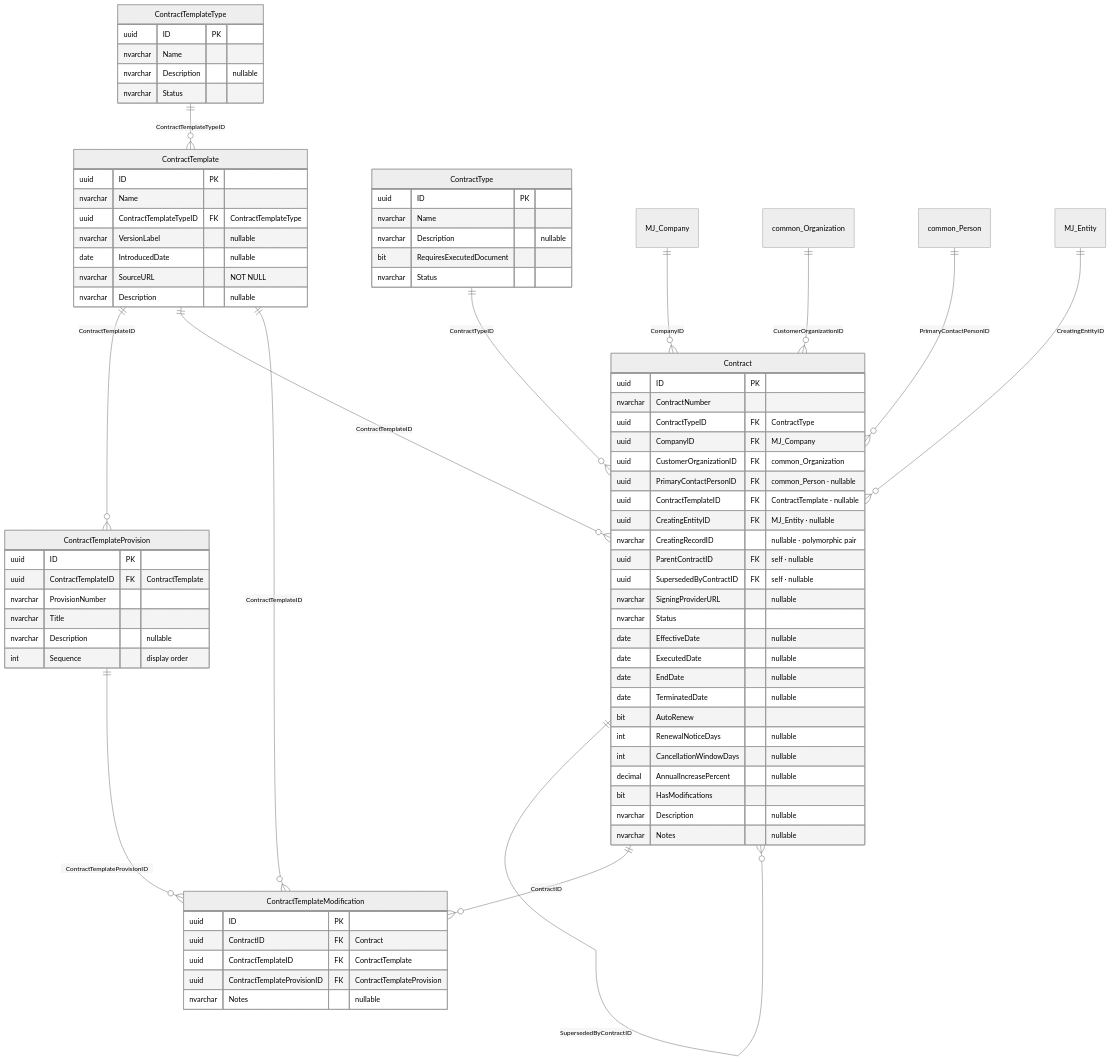
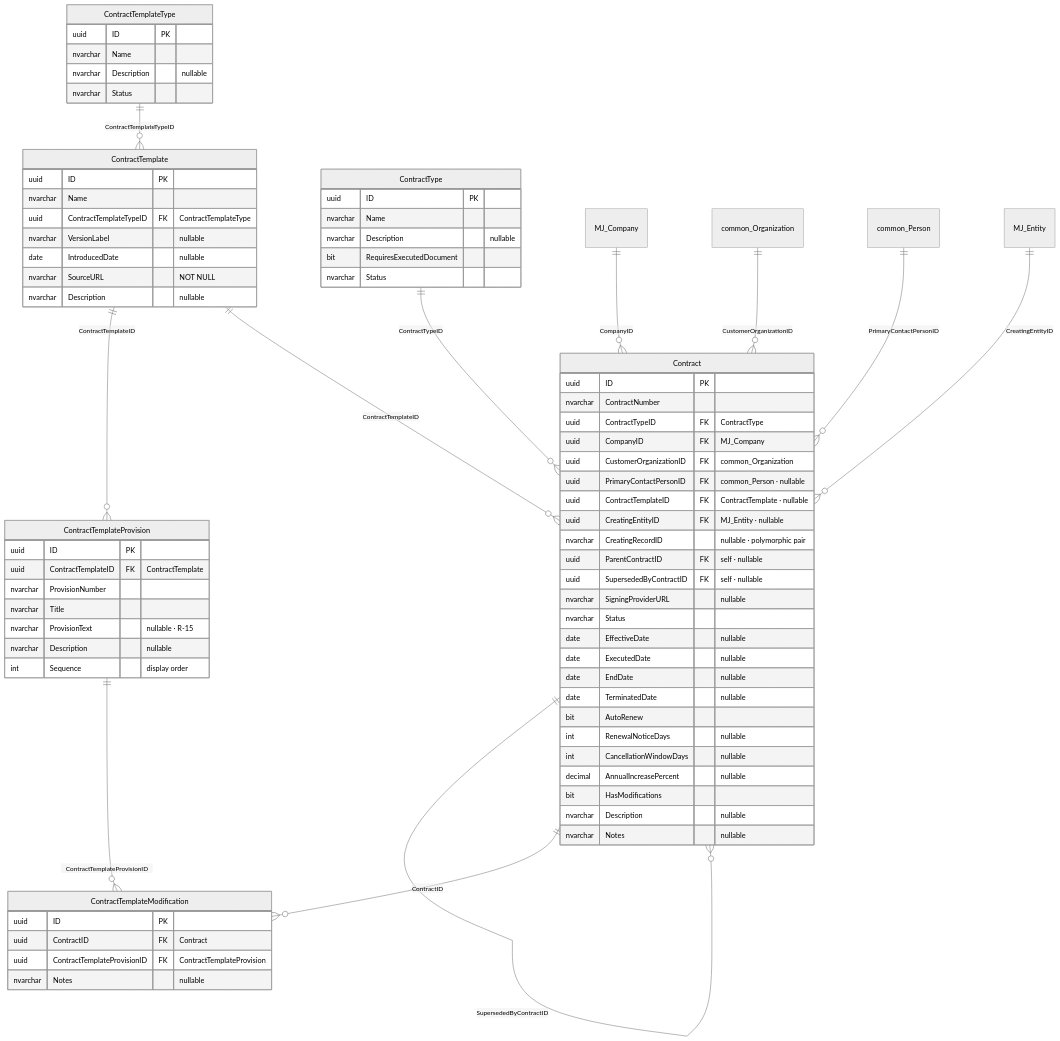
One commit to MemberJunction/bizapps-contracts changed the third of 6 diagrams in plans/ERD-planned.md. Above: the diagram before and after it, drawn with Mermaid (neutral theme). The commit also changed other lines of this file and 1 other file, not shown here.

```diff
--- a/plans/ERD-planned.md
+++ b/plans/ERD-planned.md
@@ -202,7 +202,6 @@
     Contract ||--o{ Contract : "ParentContractID"
     Contract ||--o{ Contract : "SupersededByContractID"
     Contract ||--o{ ContractTemplateModification : "ContractID"
-    ContractTemplate ||--o{ ContractTemplateModification : "ContractTemplateID"
     ContractTemplateProvision ||--o{ ContractTemplateModification : "ContractTemplateProvisionID"
 
     ContractTemplateType {
@@ -227,6 +226,7 @@
         uuid ContractTemplateID FK "ContractTemplate"
         nvarchar ProvisionNumber
         nvarchar Title
+        nvarchar ProvisionText "nullable · R-15"
         nvarchar Description "nullable"
         int Sequence "display order"
     }
@@ -269,7 +269,6 @@
     ContractTemplateModification {
         uuid ID PK
         uuid ContractID FK "Contract"
-        uuid ContractTemplateID FK "ContractTemplate"
         uuid ContractTemplateProvisionID FK "ContractTemplateProvision"
         nvarchar Notes "nullable"
     }
```
